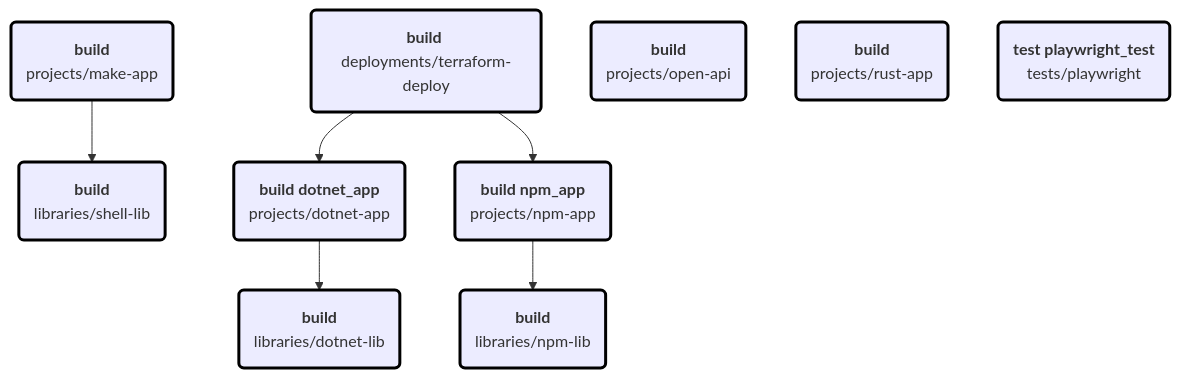
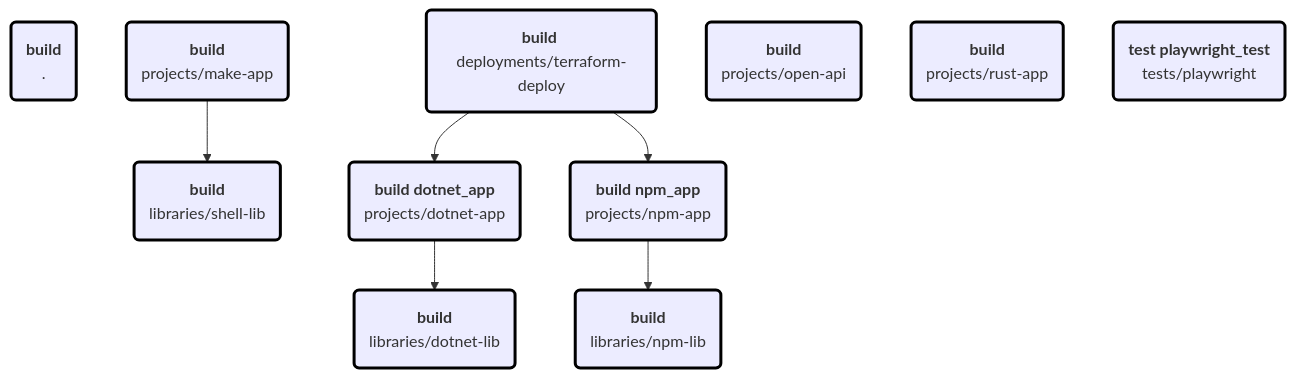
Before and after one commit to MagnusOpera/terrabuild: the diagram in tests/simple/results/terrabuild-debug.info.md, drawn with Mermaid. The commit also changed 77 other files, not shown here.

````diff
--- a/tests/simple/results/terrabuild-debug.info.md
+++ b/tests/simple/results/terrabuild-debug.info.md
@@ -14,41 +14,44 @@
 ```mermaid
 flowchart TD
 classDef build stroke:red,stroke-width:3px
 classDef restore stroke:orange,stroke-width:3px
 classDef ignore stroke:black,stroke-width:3px
+76E6F8566C567ED61454D9A9EC6ED7D096DBD92DDB5CAD796F9B7EB5EB3595C6("<b>build</b> 
+.")
 deployments/terraform-deploy:build("<b>build</b> 
 deployments/terraform-deploy")
 libraries/dotnet-lib:build("<b>build</b> 
 libraries/dotnet-lib")
 libraries/npm-lib:build("<b>build</b> 
 libraries/npm-lib")
 libraries/shell-lib:build("<b>build</b> 
 libraries/shell-lib")
 projects/dotnet-app:build("<b>build dotnet_app</b> 
 projects/dotnet-app")
 projects/make-app:build("<b>build</b> 
 projects/make-app")
 projects/npm-app:build("<b>build npm_app</b> 
 projects/npm-app")
 projects/open-api:build("<b>build</b> 
 projects/open-api")
 projects/rust-app:build("<b>build</b> 
 projects/rust-app")
 tests/playwright:test("<b>test playwright_test</b> 
 tests/playwright")
+class 76E6F8566C567ED61454D9A9EC6ED7D096DBD92DDB5CAD796F9B7EB5EB3595C6 ignore
 deployments/terraform-deploy:build --> projects/dotnet-app:build
 deployments/terraform-deploy:build --> projects/npm-app:build
 class deployments/terraform-deploy:build ignore
 class libraries/dotnet-lib:build ignore
 class libraries/npm-lib:build ignore
 class libraries/shell-lib:build ignore
 projects/dotnet-app:build --> libraries/dotnet-lib:build
 class projects/dotnet-app:build ignore
 projects/make-app:build --> libraries/shell-lib:build
 class projects/make-app:build ignore
 projects/npm-app:build --> libraries/npm-lib:build
 class projects/npm-app:build ignore
 class projects/open-api:build ignore
 class projects/rust-app:build ignore
 class tests/playwright:test ignore
 ```
````
